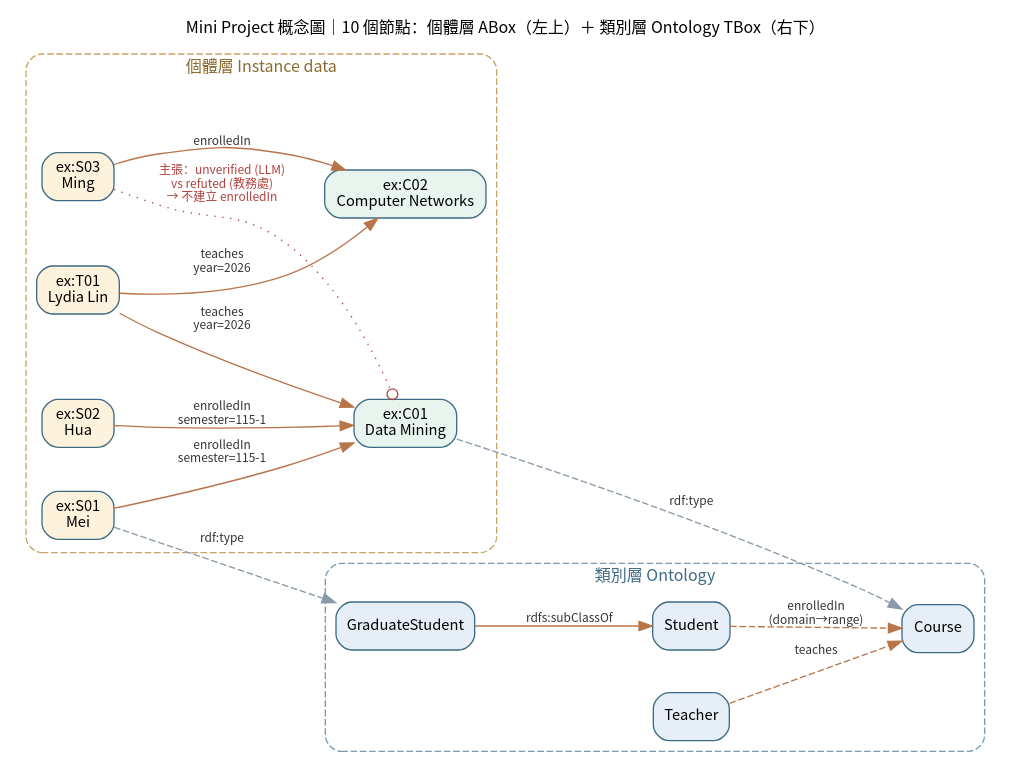
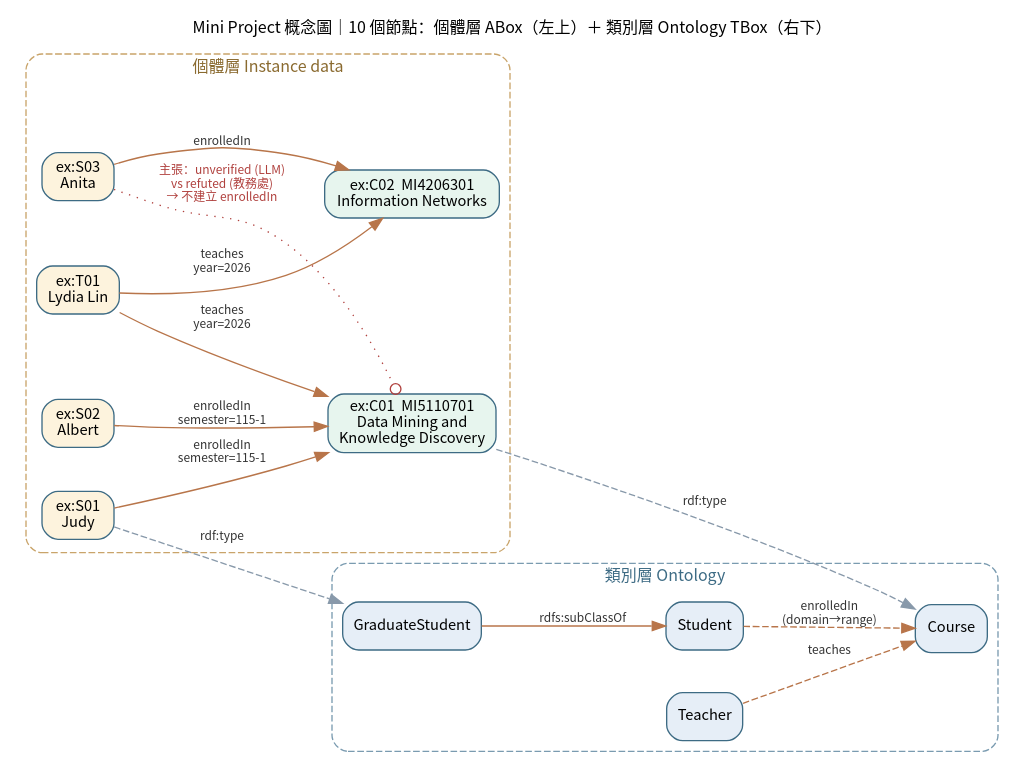
Before and after one commit to Lydia-HML/kg-mini-project: the diagram in concept_map.dot, drawn with Graphviz. The commit also changed 12 other files, not shown here.

```diff
--- a/concept_map.dot
+++ b/concept_map.dot
@@ -1,37 +1,37 @@
 // 概念圖：10 個節點（類別層 4 + 個體層 6），講義第 23 頁繳交物
 digraph KG {
   graph [rankdir=LR, fontname="Noto Sans CJK TC", fontsize=12, nodesep=0.45, ranksep=0.8, bgcolor="white",
          label="Mini Project 概念圖｜10 個節點：個體層 ABox（左上）＋ 類別層 Ontology TBox（右下）", labelloc=t];
   node  [fontname="Noto Sans CJK TC", fontsize=11, shape=box, style="rounded,filled", color="#3d6b84"];
   edge  [fontname="Noto Sans CJK TC", fontsize=9, color="#b8754a", fontcolor="#333333"];
 
   subgraph cluster_tbox {
     label="類別層 Ontology"; style="rounded,dashed"; color="#7a9bb0"; fontcolor="#3d6b84";
     GraduateStudent [fillcolor="#e6eef7"];
     Student [fillcolor="#e6eef7"];
     Course  [fillcolor="#e6eef7"];
     Teacher [fillcolor="#e6eef7"];
     GraduateStudent -> Student [label="rdfs:subClassOf"];
     Student -> Course [label="enrolledIn\n(domain→range)", style=dashed];
     Teacher -> Course [label="teaches", style=dashed];
   }
 
   subgraph cluster_abox {
     label="個體層 Instance data"; style="rounded,dashed"; color="#c9a46a"; fontcolor="#8a6a2f";
-    S01 [label="ex:S01\nMei", fillcolor="#fdf3dd"];
-    S02 [label="ex:S02\nHua", fillcolor="#fdf3dd"];
-    S03 [label="ex:S03\nMing", fillcolor="#fdf3dd"];
-    C01 [label="ex:C01\nData Mining", fillcolor="#e7f5ee"];
-    C02 [label="ex:C02\nComputer Networks", fillcolor="#e7f5ee"];
+    S01 [label="ex:S01\nJudy", fillcolor="#fdf3dd"];
+    S02 [label="ex:S02\nAlbert", fillcolor="#fdf3dd"];
+    S03 [label="ex:S03\nAnita", fillcolor="#fdf3dd"];
+    C01 [label="ex:C01  MI5110701\nData Mining and\nKnowledge Discovery", fillcolor="#e7f5ee"];
+    C02 [label="ex:C02  MI4206301\nInformation Networks", fillcolor="#e7f5ee"];
     T01 [label="ex:T01\nLydia Lin", fillcolor="#fdf3dd"];
     S01 -> C01 [label="enrolledIn\nsemester=115-1"];
     S02 -> C01 [label="enrolledIn\nsemester=115-1"];
     S03 -> C02 [label="enrolledIn"];
     T01 -> C02 [label="teaches\nyear=2026"];
     T01 -> C01 [label="teaches\nyear=2026"];
     S03 -> C01 [label="主張：unverified (LLM)\n vs refuted (教務處)\n→ 不建立 enrolledIn", style=dotted, color="#b0413e", fontcolor="#b0413e", arrowhead=odot];
   }
 
   S01 -> GraduateStudent [label="rdf:type", color="#8899aa", style=dashed];
   C01 -> Course [label="rdf:type", color="#8899aa", style=dashed];
 }
```
